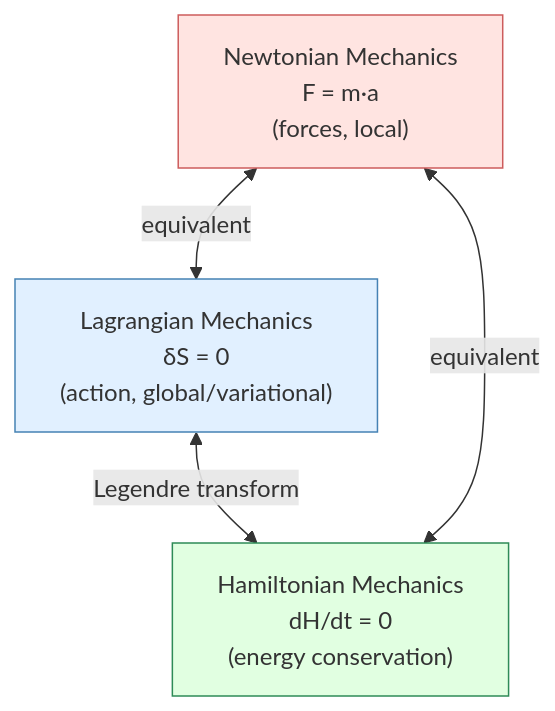
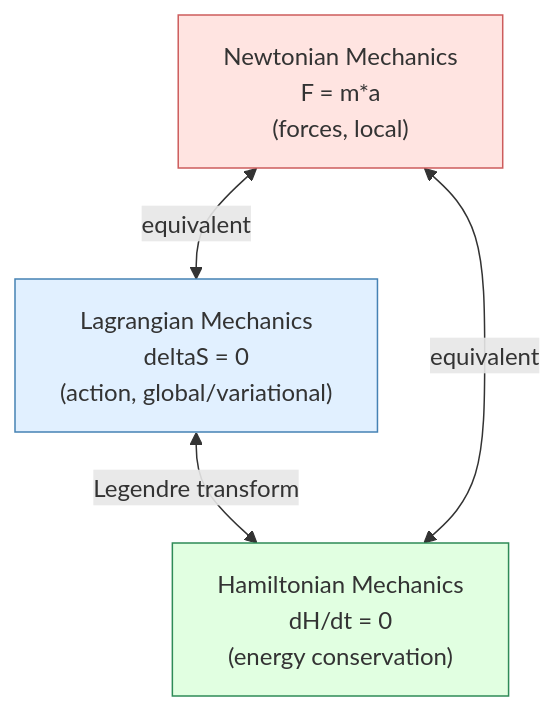
The fourth of 8 diagrams in docs/Hidden_States_Semantic_Tube_Geodesics_and_Semantic_Structures.md (dimitarpg13/semantic_simulation), drawn with Mermaid before and after one commit. The commit also changed other lines of this file and 28 other files, not shown here.

````diff
--- a/docs/Hidden_States_Semantic_Tube_Geodesics_and_Semantic_Structures.md
+++ b/docs/Hidden_States_Semantic_Tube_Geodesics_and_Semantic_Structures.md
@@ -205,14 +205,14 @@
 ```mermaid
 graph TD
-    N["Newtonian Mechanics<br>F = m·a<br>(forces, local)"]
-    L["Lagrangian Mechanics<br>δS = 0<br>(action, global/variational)"]
+    N["Newtonian Mechanics<br>F = m*a<br>(forces, local)"]
+    L["Lagrangian Mechanics<br>deltaS = 0<br>(action, global/variational)"]
     H["Hamiltonian Mechanics<br>dH/dt = 0<br>(energy conservation)"]
 
     N <-->|"equivalent"| L
     L <-->|"Legendre transform"| H
     N <-->|"equivalent"| H
 
     style N fill:#ffe4e1,stroke:#cd5c5c
     style L fill:#e1f0ff,stroke:#4682b4
     style H fill:#e1ffe1,stroke:#2e8b57
 ```
````
